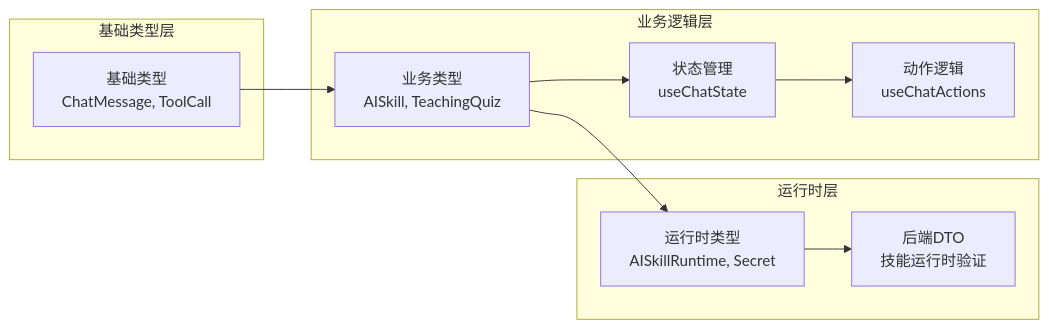
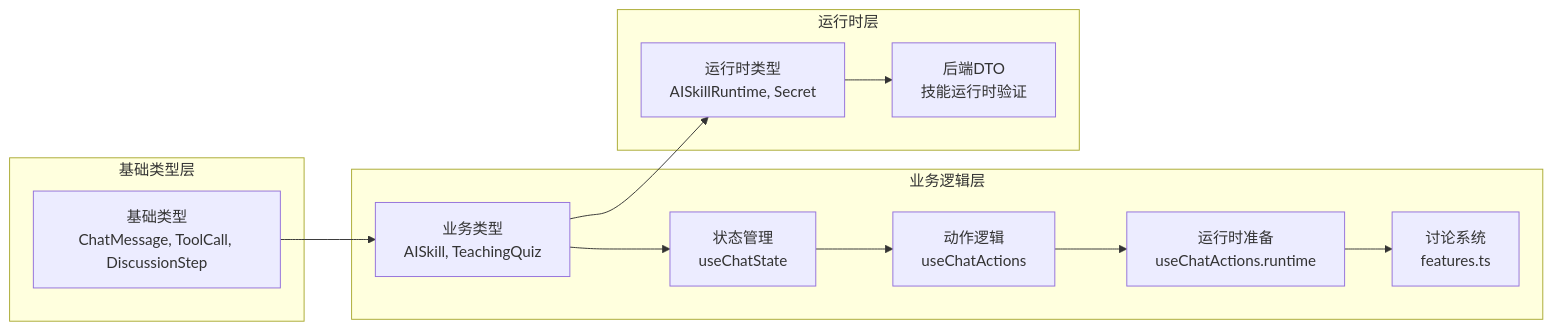
One commit to xixixiaoyu/Todo changed the eighth of 8 diagrams in .qoder/repowiki/zh/content/Ai Types Definitions/Ai Types Definitions.md. Above: the diagram before and after it, drawn with Mermaid. The commit also changed other lines of this file and 6 other files, not shown here.

````diff
--- a/.qoder/repowiki/zh/content/Ai Types Definitions/Ai Types Definitions.md
+++ b/.qoder/repowiki/zh/content/Ai Types Definitions/Ai Types Definitions.md
@@ -319,20 +442,24 @@
 ```mermaid
 graph LR
 subgraph "基础类型层"
-BasicTypes["基础类型<br/>ChatMessage, ToolCall"]
+BasicTypes["基础类型<br/>ChatMessage, ToolCall, DiscussionStep"]
 end
 subgraph "业务逻辑层"
 BusinessTypes["业务类型<br/>AISkill, TeachingQuiz"]
 StateManagement["状态管理<br/>useChatState"]
 ActionLogic["动作逻辑<br/>useChatActions"]
+RuntimePrep["运行时准备<br/>useChatActions.runtime"]
+DiscussionSys["讨论系统<br/>features.ts"]
 end
 subgraph "运行时层"
 RuntimeTypes["运行时类型<br/>AISkillRuntime, Secret"]
 BackendDTO["后端DTO<br/>技能运行时验证"]
 end
 BasicTypes --> BusinessTypes
 BusinessTypes --> StateManagement
 StateManagement --> ActionLogic
+ActionLogic --> RuntimePrep
+RuntimePrep --> DiscussionSys
 BusinessTypes --> RuntimeTypes
 RuntimeTypes --> BackendDTO
 ```
````
